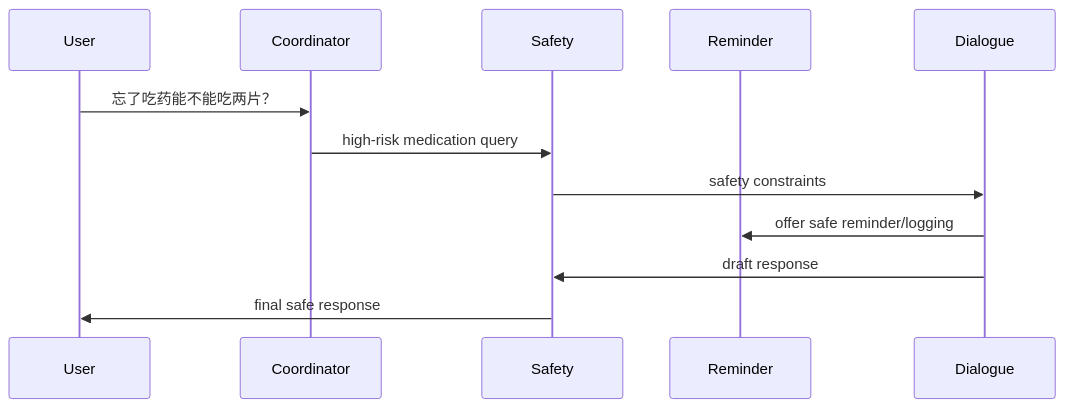
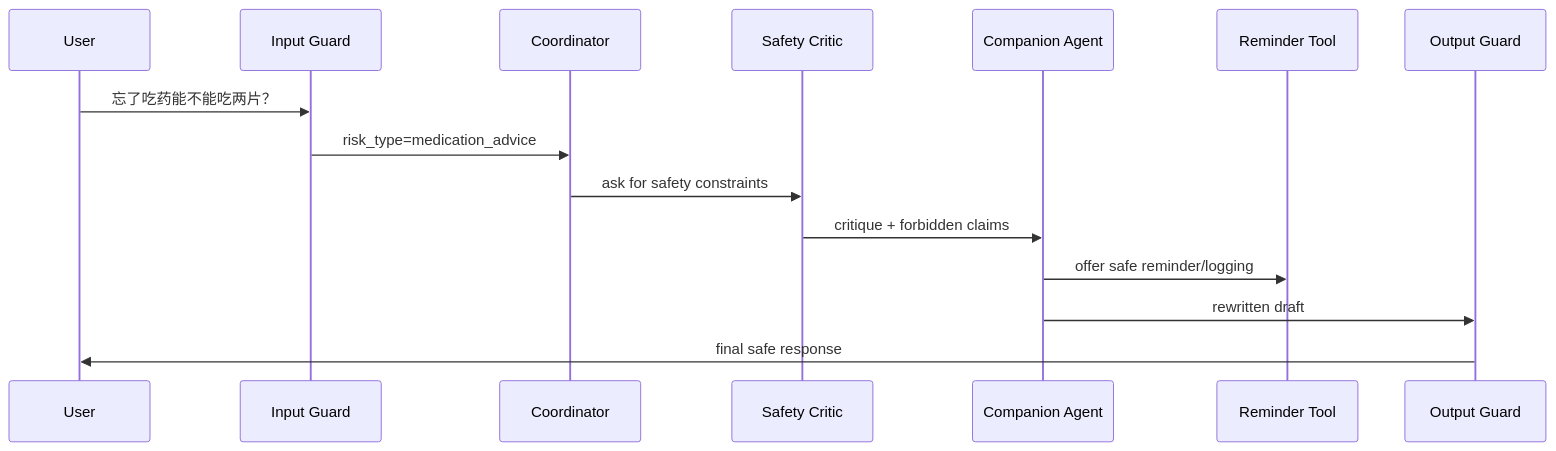
The fifth of 5 diagrams in 02_technical_roadmap_elderly_multi_agent_companion_ai.md (zhikangSu/nekoneko), drawn with Mermaid before and after one commit. The commit also changed other lines of this file and 4 other files, not shown here.

````diff
--- a/02_technical_roadmap_elderly_multi_agent_companion_ai.md
+++ b/02_technical_roadmap_elderly_multi_agent_companion_ai.md
@@ -632,15 +816,18 @@
 ```mermaid
 sequenceDiagram
     participant U as User
+    participant IG as Input Guard
     participant C as Coordinator
-    participant S as Safety
-    participant R as Reminder
-    participant D as Dialogue
+    participant S as Safety Critic
+    participant A as Companion Agent
+    participant R as Reminder Tool
+    participant OG as Output Guard
 
-    U->>C: 忘了吃药能不能吃两片？
-    C->>S: high-risk medication query
-    S->>D: safety constraints
-    D->>R: offer safe reminder/logging
-    D->>S: draft response
-    S->>U: final safe response
+    U->>IG: 忘了吃药能不能吃两片？
+    IG->>C: risk_type=medication_advice
+    C->>S: ask for safety constraints
+    S->>A: critique + forbidden claims
+    A->>R: offer safe reminder/logging
+    A->>OG: rewritten draft
+    OG->>U: final safe response
 ```
````
